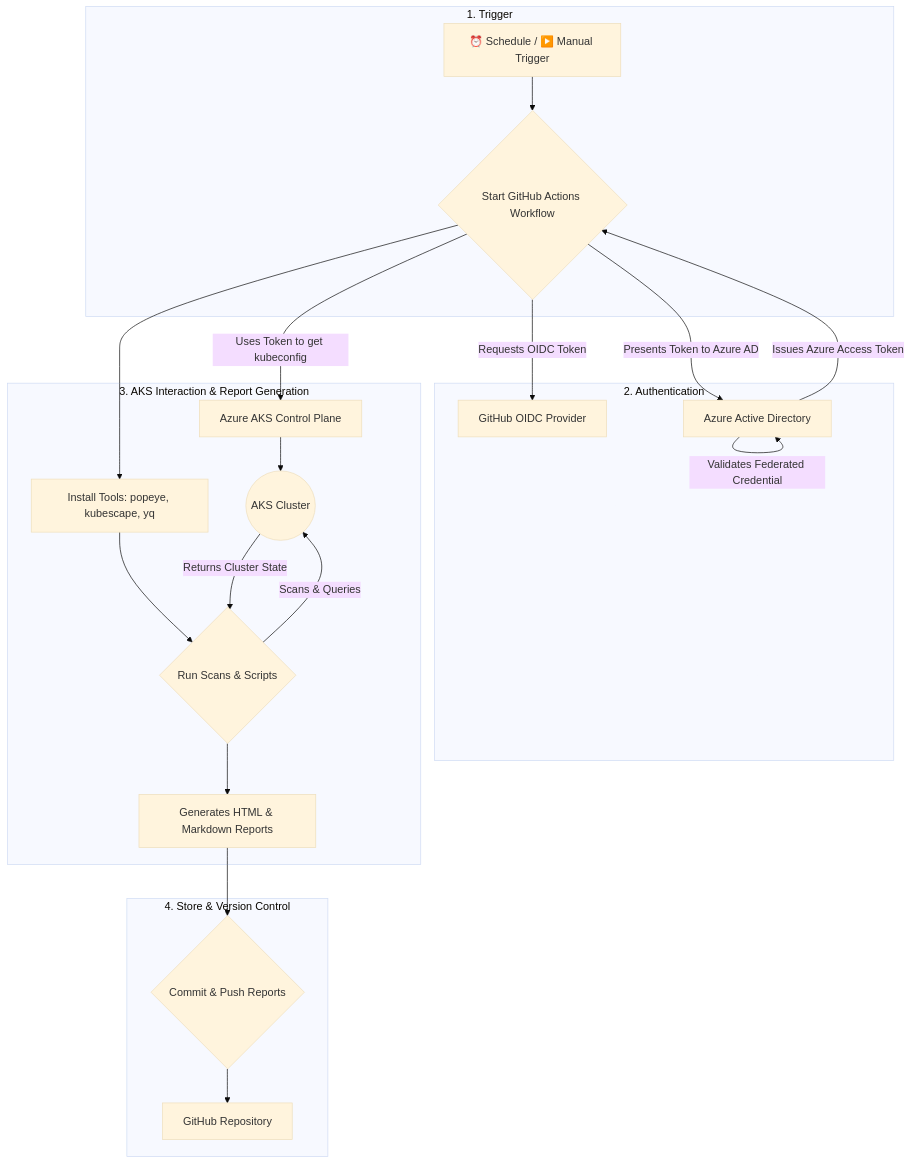
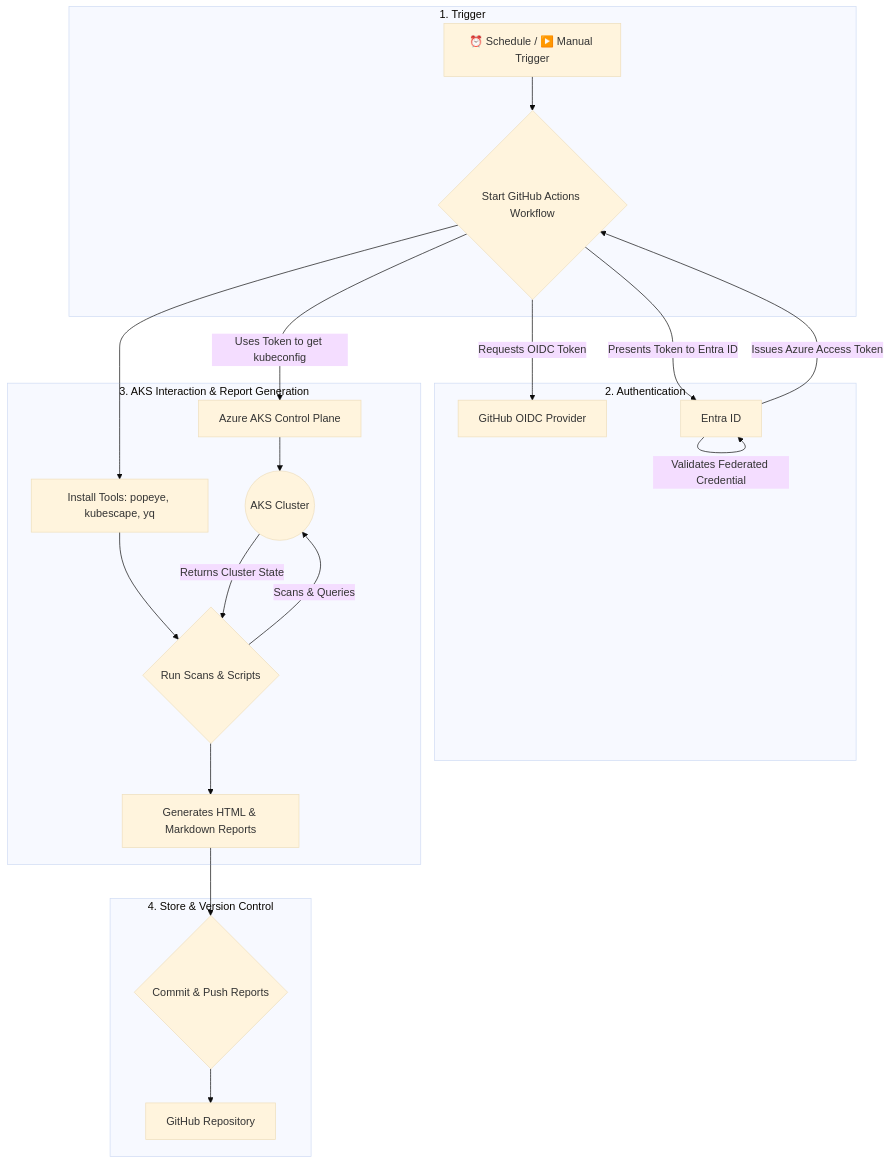
The diagram in README.md (realniraj/azure-aks-workload-report-generator), drawn with Mermaid (base theme) before and after one commit. The commit also changed other lines of this file, not shown here.

Commit message:
entra ID update

````diff
--- a/README.md
+++ b/README.md
@@ -24,28 +24,28 @@
 ```mermaid
 graph TD
     subgraph trigger["1. Trigger"]
         A[⏰ Schedule / ▶️ Manual Trigger] --> B{Start GitHub Actions Workflow}
     end
 
     subgraph auth["2. Authentication"]
         B -->|Requests OIDC Token| C[GitHub OIDC Provider]
-        B -->|Presents Token to Azure AD| D[Azure Active Directory]
+        B -->|Presents Token to Entra ID| D[Entra ID]
         D -->|Validates Federated Credential| D
         D -->|Issues Azure Access Token| B
     end
 
     subgraph aks["3. AKS Interaction & Report Generation"]
         B -->|Uses Token to get kubeconfig| E[Azure AKS Control Plane]
         E --> F((AKS Cluster))
         B --> G["Install Tools: popeye, kubescape, yq"]
         G --> H{Run Scans & Scripts}
         H -- Scans & Queries --> F
         F -- Returns Cluster State --> H
         H --> I[Generates HTML & Markdown Reports]
     end
 
     subgraph store["4. Store & Version Control"]
         I --> K{Commit & Push Reports}
         K --> L[GitHub Repository]
     end
 ```
````
